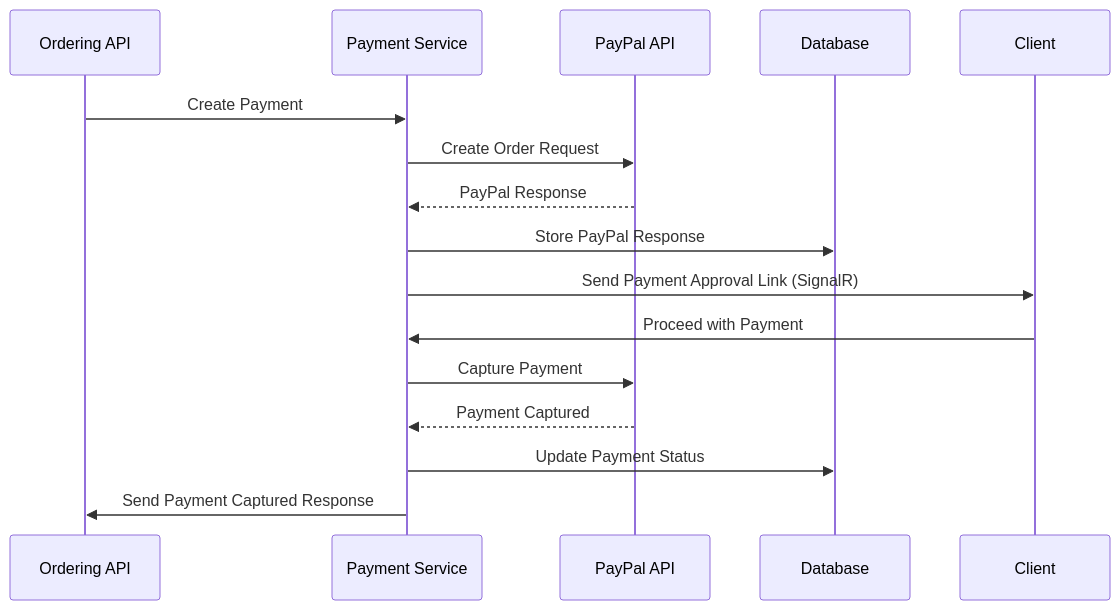
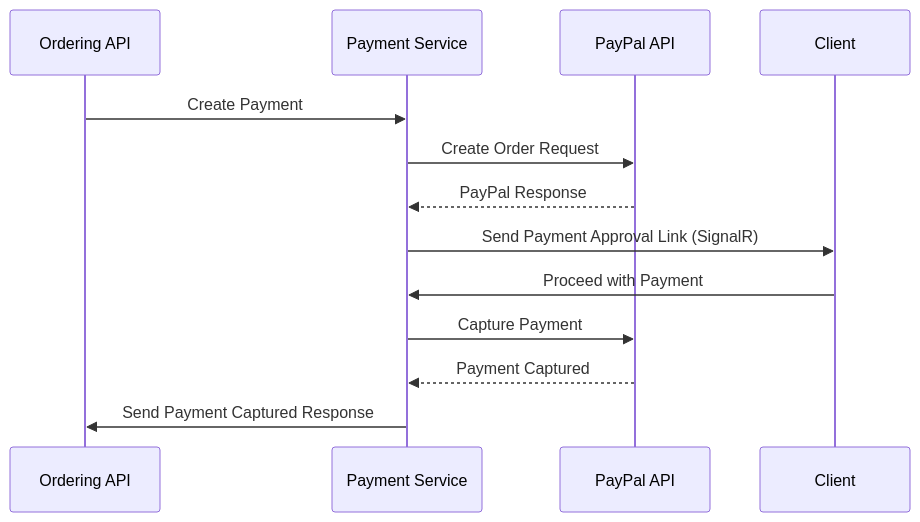
The third of 3 diagrams in README.md (mqsrr/CoffeeSpace), drawn with Mermaid before and after one commit. The commit also changed other lines of this file, not shown here.

````diff
--- a/README.md
+++ b/README.md
@@ -217,19 +217,16 @@
 ```mermaid
 sequenceDiagram
     participant OrderingAPI as Ordering API
     participant PaymentService as Payment Service
     participant PayPalAPI as PayPal API
-    participant Database as Database
     participant Client as Client
 
     OrderingAPI ->> PaymentService: Create Payment
     PaymentService ->> PayPalAPI: Create Order Request
     PayPalAPI -->> PaymentService: PayPal Response
-    PaymentService ->> Database: Store PayPal Response
     PaymentService ->> Client: Send Payment Approval Link (SignalR)
     Client ->> PaymentService: Proceed with Payment
     PaymentService ->> PayPalAPI: Capture Payment
     PayPalAPI -->> PaymentService: Payment Captured
-    PaymentService ->> Database: Update Payment Status
     PaymentService ->> OrderingAPI: Send Payment Captured Response
 ```
````
